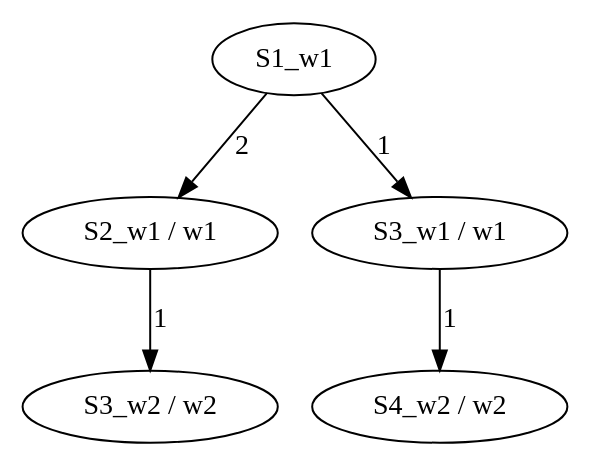
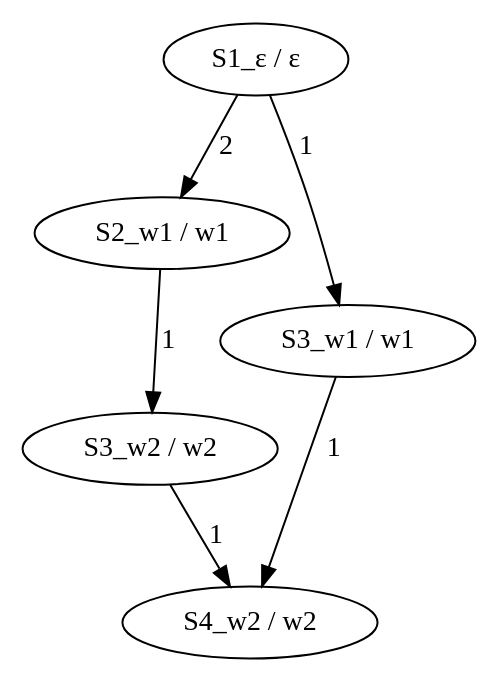
Before and after one commit to Exevald/automata-theory: the diagram in mealy-to-moore/res/moore_output.dot, drawn with Graphviz. The commit also changed 10 other files, not shown here.

```diff
--- a/mealy-to-moore/res/moore_output.dot
+++ b/mealy-to-moore/res/moore_output.dot
@@ -1,10 +1,12 @@
 digraph MooreMachine {
+  S1_ε [label="S1_ε / ε"];
   S2_w1 [label="S2_w1 / w1"];
   S3_w1 [label="S3_w1 / w1"];
   S3_w2 [label="S3_w2 / w2"];
   S4_w2 [label="S4_w2 / w2"];
-  S1_w1 -> S3_w1 [label="1"];
-  S1_w1 -> S2_w1 [label="2"];
+  S1_ε -> S3_w1 [label="1"];
+  S1_ε -> S2_w1 [label="2"];
   S2_w1 -> S3_w2 [label="1"];
   S3_w1 -> S4_w2 [label="1"];
+  S3_w2 -> S4_w2 [label="1"];
 }
```
